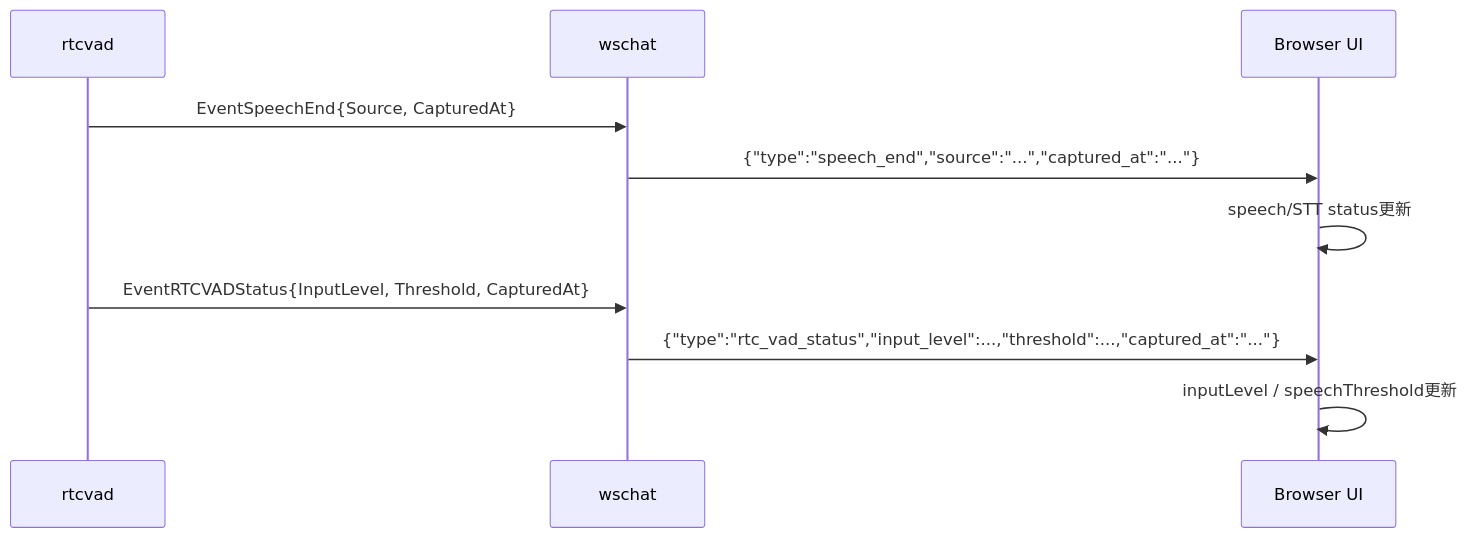
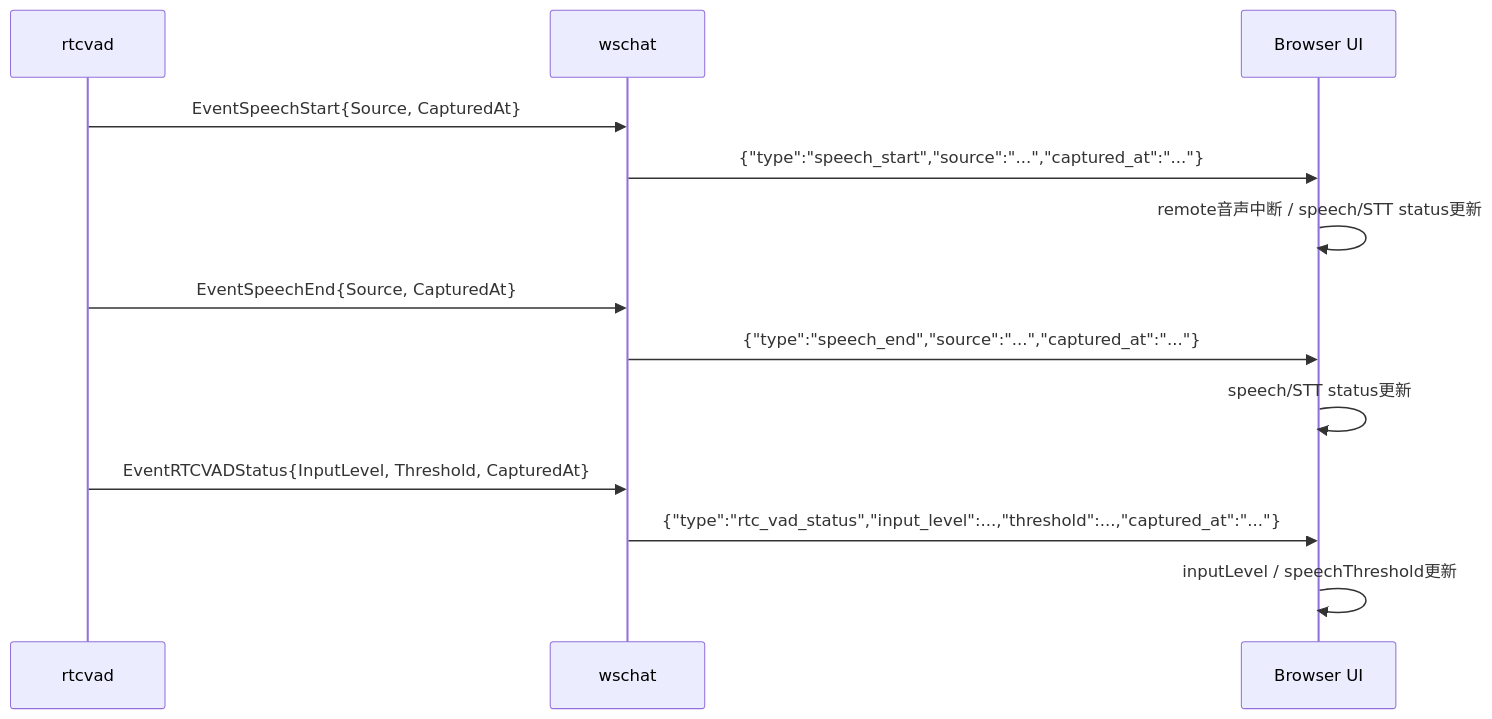
The third of 5 diagrams in docs/components/wschat.md (tetetratra/smart-speaker), drawn with Mermaid before and after one commit. The commit also changed other lines of this file and 8 other files, not shown here.

Commit message:
docs: update VAD generation flow

````diff
--- a/docs/components/wschat.md
+++ b/docs/components/wschat.md
@@ -122,13 +124,16 @@
 ```mermaid
 sequenceDiagram
     participant VAD as rtcvad
     participant WS as wschat
     participant UI as Browser UI
 
+    VAD->>WS: EventSpeechStart{Source, CapturedAt}
+    WS->>UI: {"type":"speech_start","source":"...","captured_at":"..."}
+    UI->>UI: remote音声中断 / speech/STT status更新
     VAD->>WS: EventSpeechEnd{Source, CapturedAt}
     WS->>UI: {"type":"speech_end","source":"...","captured_at":"..."}
     UI->>UI: speech/STT status更新
     VAD->>WS: EventRTCVADStatus{InputLevel, Threshold, CapturedAt}
     WS->>UI: {"type":"rtc_vad_status","input_level":...,"threshold":...,"captured_at":"..."}
     UI->>UI: inputLevel / speechThreshold更新
 ```
````
